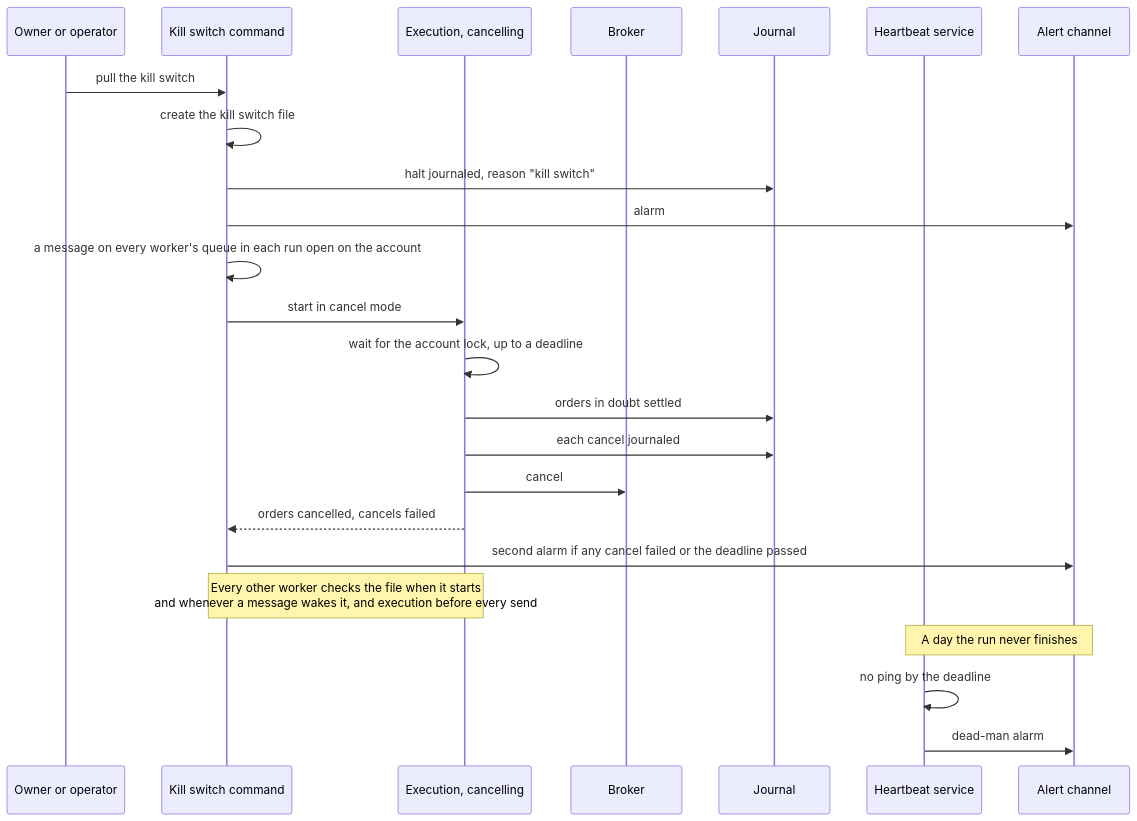
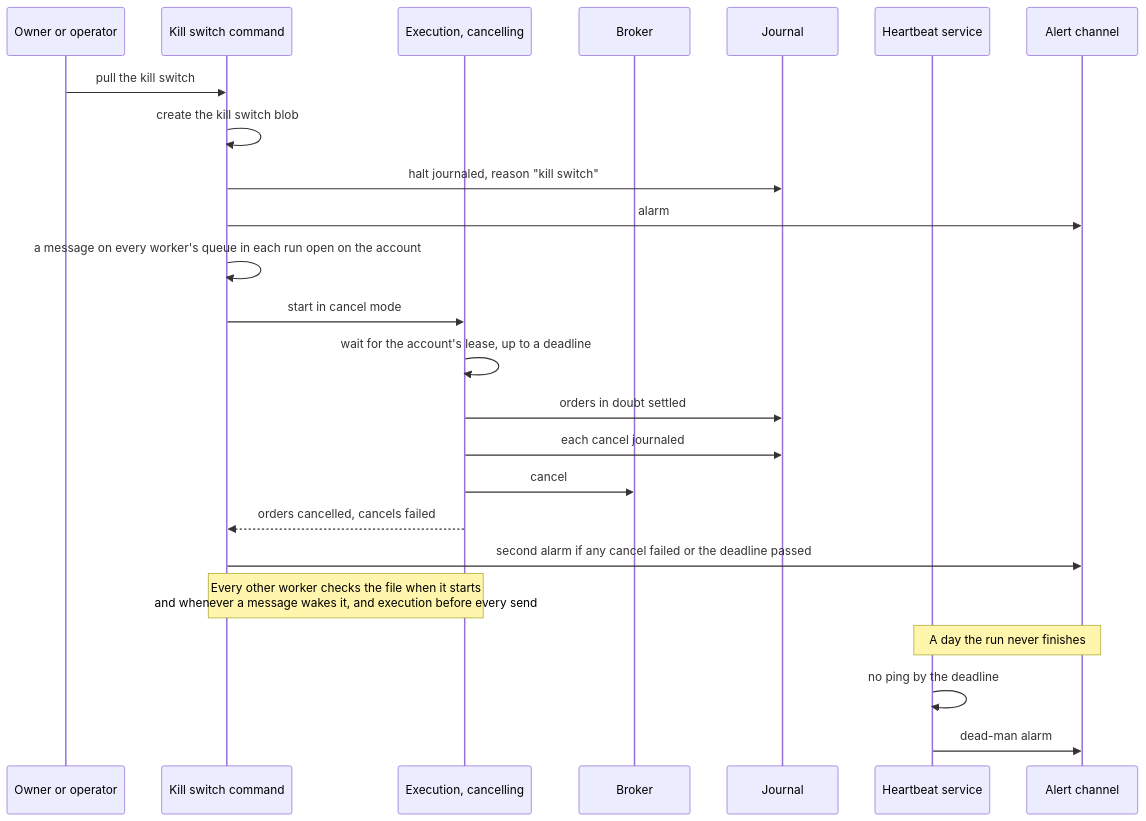
One commit to l3a0/ithildin-runtime changed the ninth of 16 diagrams in docs/architecture.md. Above: the diagram before and after it, drawn with Mermaid. The commit also changed other lines of this file and 1 other file, not shown here.

````diff
--- a/docs/architecture.md
+++ b/docs/architecture.md
@@ -750,28 +750,28 @@
 ```mermaid
 sequenceDiagram
     participant P as Owner or operator
     participant K as Kill switch command
     participant X as Execution, cancelling
     participant B as Broker
     participant J as Journal
     participant H as Heartbeat service
     participant A as Alert channel
 
     P->>K: pull the kill switch
-    K->>K: create the kill switch file
+    K->>K: create the kill switch blob
     K->>J: halt journaled, reason "kill switch"
     K->>A: alarm
     K->>K: a message on every worker's queue in each run open on the account
     K->>X: start in cancel mode
-    X->>X: wait for the account lock, up to a deadline
+    X->>X: wait for the account's lease, up to a deadline
     X->>J: orders in doubt settled
     X->>J: each cancel journaled
     X->>B: cancel
     X-->>K: orders cancelled, cancels failed
     K->>A: second alarm if any cancel failed or the deadline passed
     Note over K,X: Every other worker checks the file when it starts<br/>and whenever a message wakes it, and execution before every send
 
     Note over H,A: A day the run never finishes
     H->>H: no ping by the deadline
     H->>A: dead-man alarm
 ```
````
